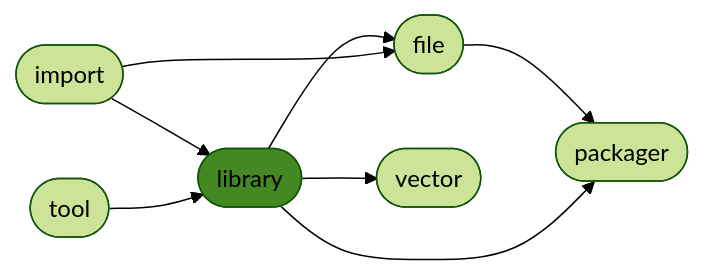
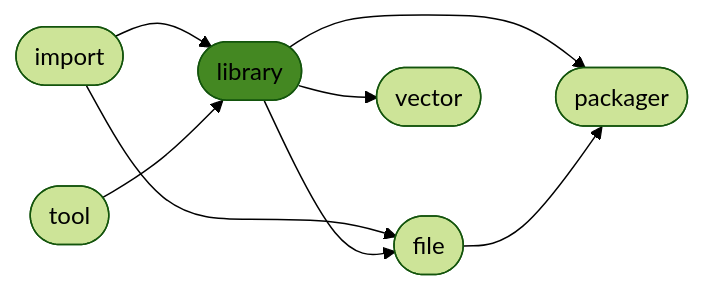
The diagram in README.md (ManderaGeneral/generallibrary), drawn with Mermaid (forest theme) before and after one commit. The commit also changed other lines of this file, not shown here.

````diff
--- a/README.md
+++ b/README.md
@@ -24,17 +24,17 @@
 ```mermaid
 flowchart LR
+0([import]) --> 2([library])
+0([import]) --> 3([file])
+2([library]) --> 4([vector])
+1([tool]) --> 2([library])
+2([library]) --> 3([file])
+2([library]) --> 5([packager])
 3([file]) --> 5([packager])
-2([library]) --> 5([packager])
-2([library]) --> 3([file])
-0([import]) --> 2([library])
-1([tool]) --> 2([library])
-2([library]) --> 4([vector])
-0([import]) --> 3([file])
 click 0 "https://github.com/ManderaGeneral/generalimport"
 click 1 "https://github.com/ManderaGeneral/generaltool"
 click 2 "https://github.com/ManderaGeneral/generallibrary"
 click 3 "https://github.com/ManderaGeneral/generalfile"
 click 4 "https://github.com/ManderaGeneral/generalvector"
 click 5 "https://github.com/ManderaGeneral/generalpackager"
 style 2 fill:#482
 ```
````
